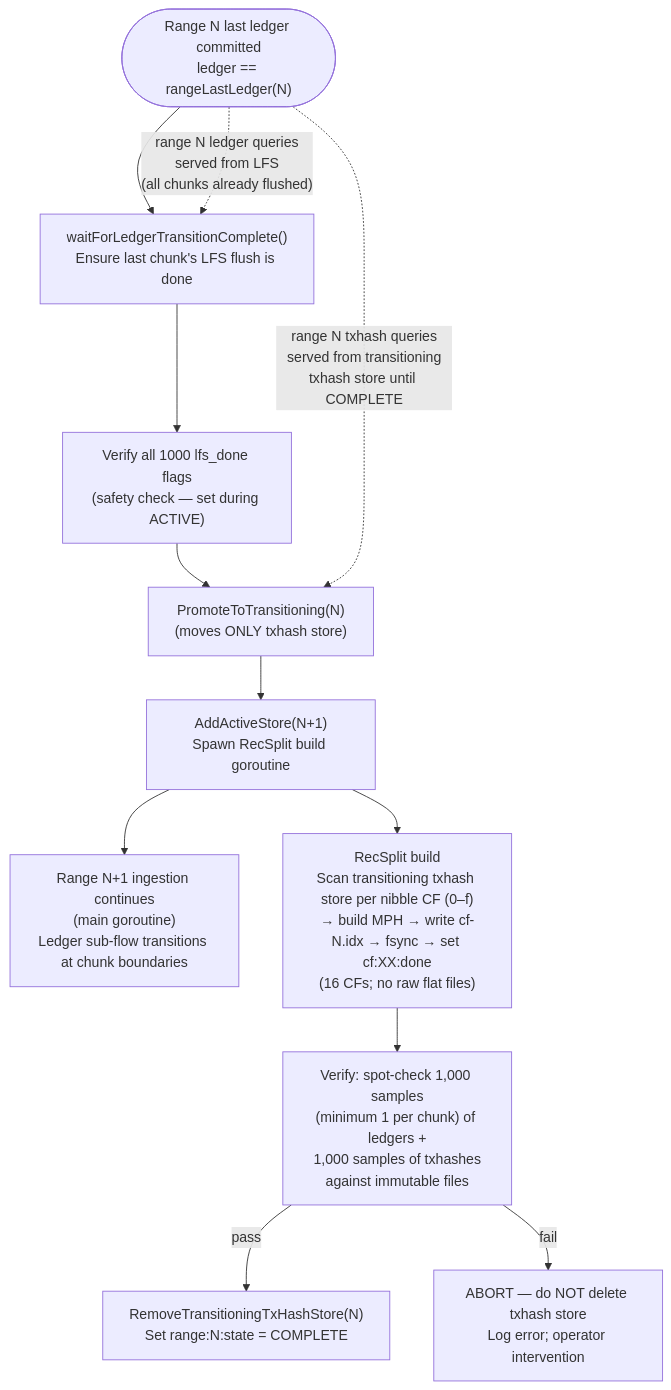
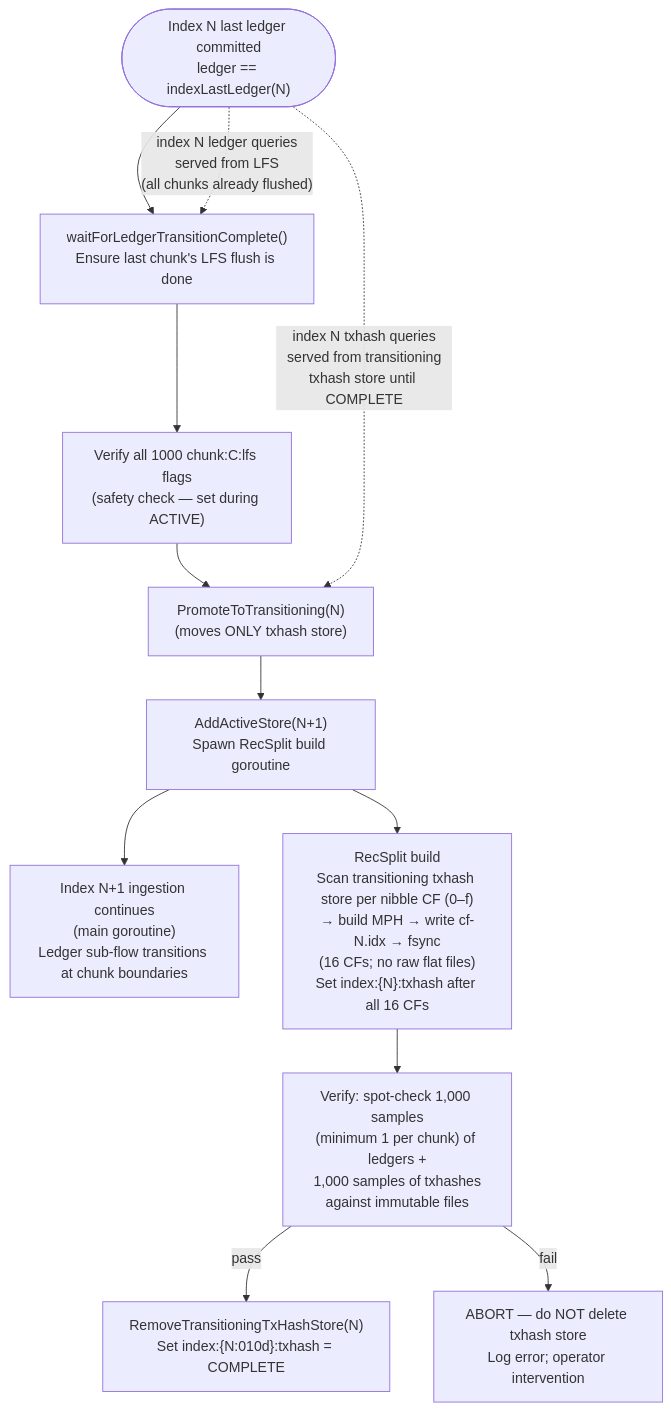
Before and after one commit to stellar/stellar-rpc: the tenth of 12 diagrams in full-history/design-docs/01-architecture-overview.md, drawn with Mermaid. The commit also changed other lines of this file and 17 other files, not shown here.

````diff
--- a/full-history/design-docs/01-architecture-overview.md
+++ b/full-history/design-docs/01-architecture-overview.md
@@ -260,15 +262,15 @@
 ```mermaid
 flowchart TD
-    BOUNDARY(["Range N last ledger committed\nledger == rangeLastLedger(N)"]) --> WAIT["waitForLedgerTransitionComplete()\nEnsure last chunk's LFS flush is done"]
-    WAIT --> VERIFY_LFS["Verify all 1000 lfs_done flags\n(safety check — set during ACTIVE)"]
+    BOUNDARY(["Index N last ledger committed\nledger == indexLastLedger(N)"]) --> WAIT["waitForLedgerTransitionComplete()\nEnsure last chunk's LFS flush is done"]
+    WAIT --> VERIFY_LFS["Verify all 1000 chunk:C:lfs flags\n(safety check — set during ACTIVE)"]
     VERIFY_LFS --> PROMOTE["PromoteToTransitioning(N)\n(moves ONLY txhash store)"]
     PROMOTE --> SPAWN["AddActiveStore(N+1)\nSpawn RecSplit build goroutine"]
-    SPAWN --> INGEST_NEXT["Range N+1 ingestion continues\n(main goroutine)\nLedger sub-flow transitions at chunk boundaries"]
-    SPAWN --> RECSPLIT["RecSplit build\nScan transitioning txhash store per nibble CF (0–f)\n→ build MPH → write cf-N.idx → fsync → set cf:XX:done\n(16 CFs; no raw flat files)"]
+    SPAWN --> INGEST_NEXT["Index N+1 ingestion continues\n(main goroutine)\nLedger sub-flow transitions at chunk boundaries"]
+    SPAWN --> RECSPLIT["RecSplit build\nScan transitioning txhash store per nibble CF (0–f)\n→ build MPH → write cf-N.idx → fsync\n(16 CFs; no raw flat files)\nSet index:{N}:txhash after all 16 CFs"]
     RECSPLIT --> VERIFY_RS["Verify: spot-check 1,000 samples\n(minimum 1 per chunk) of ledgers +\n1,000 samples of txhashes\nagainst immutable files"]
-    VERIFY_RS -->|pass| DELETE["RemoveTransitioningTxHashStore(N)\nSet range:N:state = COMPLETE"]
+    VERIFY_RS -->|pass| DELETE["RemoveTransitioningTxHashStore(N)\nSet index:{N:010d}:txhash = COMPLETE"]
     VERIFY_RS -->|fail| ABORT["ABORT — do NOT delete txhash store\nLog error; operator intervention"]
 
-    BOUNDARY -.->|"range N ledger queries\nserved from LFS\n(all chunks already flushed)"| WAIT
-    BOUNDARY -.->|"range N txhash queries\nserved from transitioning\ntxhash store until COMPLETE"| PROMOTE
+    BOUNDARY -.->|"index N ledger queries\nserved from LFS\n(all chunks already flushed)"| WAIT
+    BOUNDARY -.->|"index N txhash queries\nserved from transitioning\ntxhash store until COMPLETE"| PROMOTE
 ```
````
